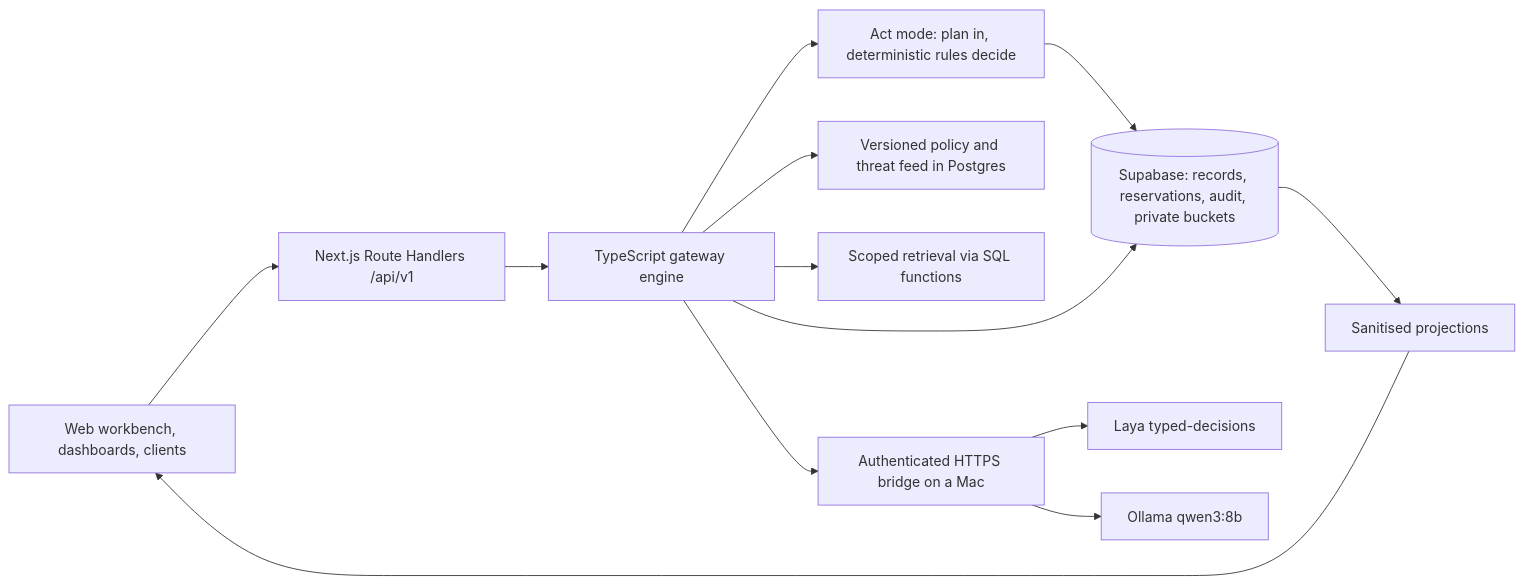
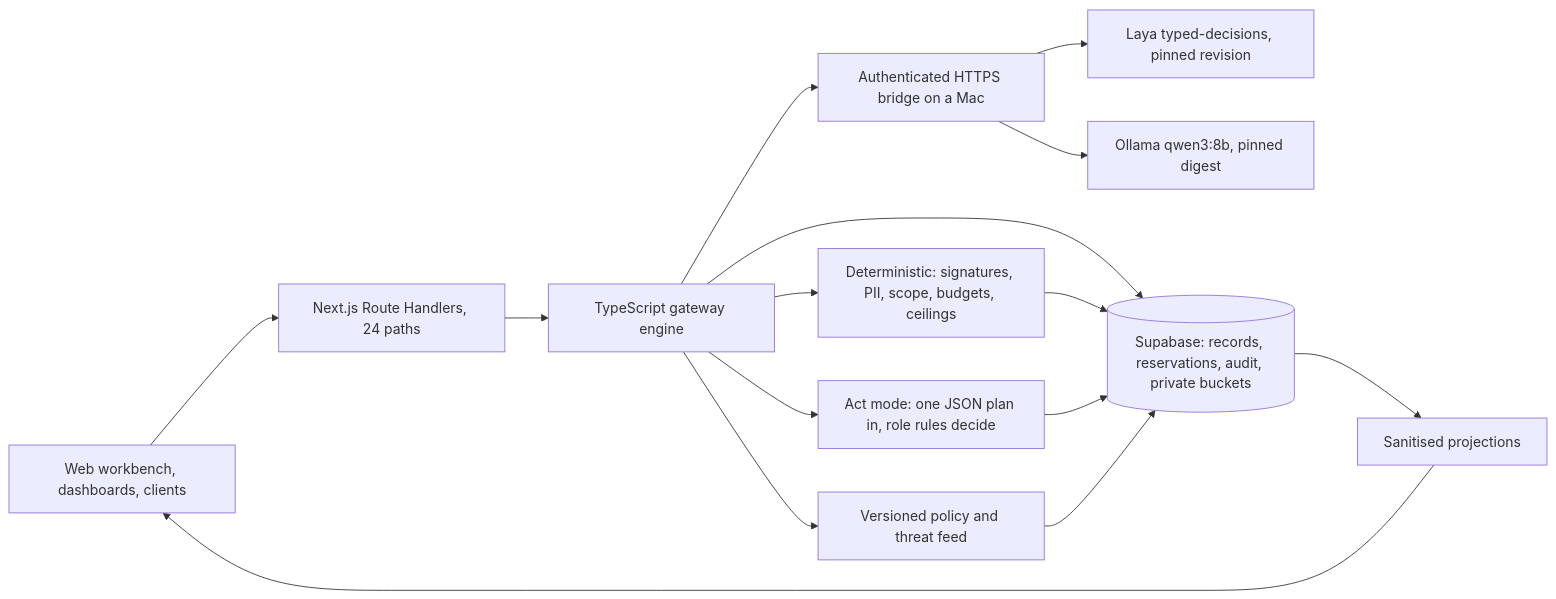
The diagram in README.md (Bartek201301/hackyeah-2026), drawn with Mermaid before and after one commit. The commit also changed other lines of this file, not shown here.

````diff
--- a/README.md
+++ b/README.md
@@ -159,14 +418,16 @@
 ```mermaid
 flowchart LR
-  W[Web workbench, dashboards, clients] --> H[Next.js Route Handlers /api/v1]
+  W[Web workbench, dashboards, clients] --> H[Next.js Route Handlers, 24 paths]
   H --> G[TypeScript gateway engine]
-  G --> A[Act mode: plan in, deterministic rules decide]
+  G --> D1[Deterministic: signatures, PII, scope, budgets, ceilings]
+  G --> A[Act mode: one JSON plan in, role rules decide]
+  G --> B[Authenticated HTTPS bridge on a Mac]
+  B --> L[Laya typed-decisions, pinned revision]
+  B --> O[Ollama qwen3:8b, pinned digest]
+  G --> P[Versioned policy and threat feed]
+  G --> S[(Supabase: records, reservations, audit, private buckets)]
+  D1 --> S
   A --> S
-  G --> P[Versioned policy and threat feed in Postgres]
-  G --> R[Scoped retrieval via SQL functions]
-  G --> B[Authenticated HTTPS bridge on a Mac]
-  B --> L[Laya typed-decisions]
-  B --> O[Ollama qwen3:8b]
-  G --> S[(Supabase: records, reservations, audit, private buckets)]
+  P --> S
   S --> V[Sanitised projections] --> W
 ```
````
